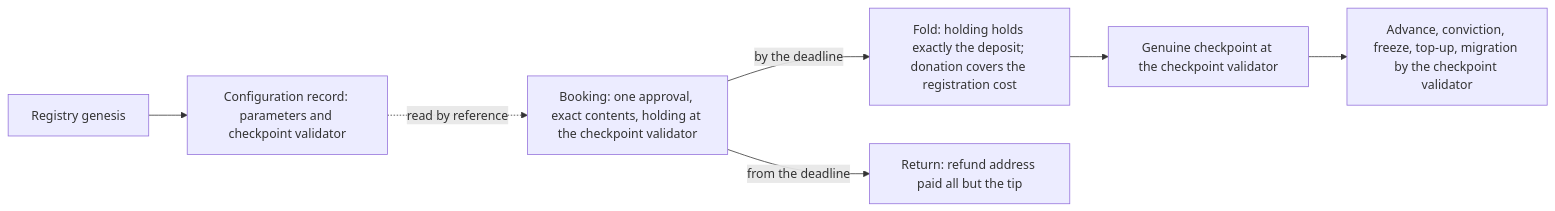
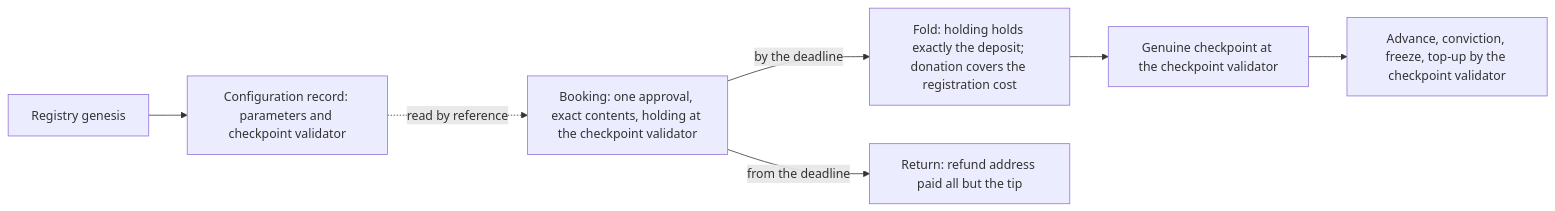
One commit to lambdasistemi/cardano-keri changed the second of 2 diagrams in docs/design/registry-as-mpfs.md. Above: the diagram before and after it, drawn with Mermaid. The commit also changed other lines of this file and 5 other files, not shown here.

First line of the commit message:
docs: the checkpoint validator recognises registry-delivered checkpoints and registration is book, fold, return

````diff
--- a/docs/design/registry-as-mpfs.md
+++ b/docs/design/registry-as-mpfs.md
@@ -233,9 +233,9 @@
 ```mermaid
 flowchart LR
   Genesis[Registry genesis] --> Record[Configuration record: parameters and checkpoint validator]
   Record -. read by reference .-> Book[Booking: one approval, exact contents, holding at the checkpoint validator]
   Book -->|by the deadline| Fold[Fold: holding holds exactly the deposit; donation covers the registration cost]
   Book -->|from the deadline| Return[Return: refund address paid all but the tip]
   Fold --> Checkpoint[Genuine checkpoint at the checkpoint validator]
-  Checkpoint --> Lifecycle[Advance, conviction, freeze, top-up, migration by the checkpoint validator]
+  Checkpoint --> Lifecycle[Advance, conviction, freeze, top-up by the checkpoint validator]
 ```
````
